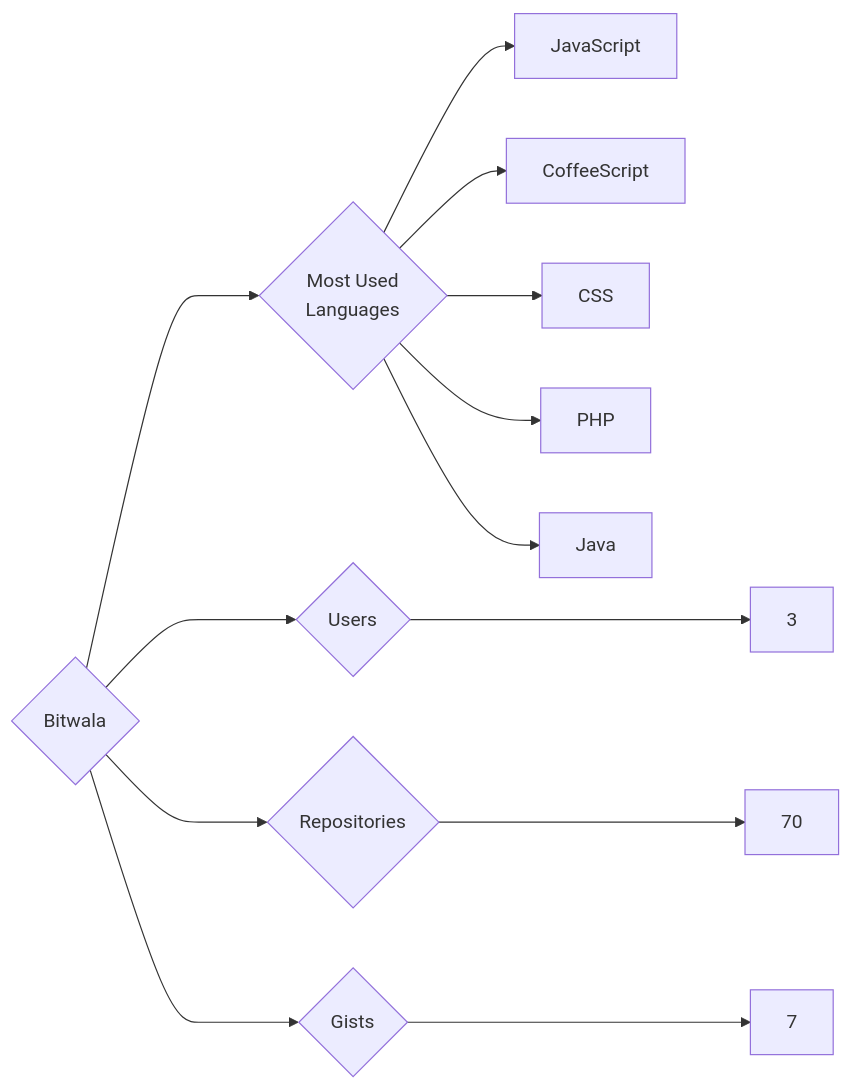
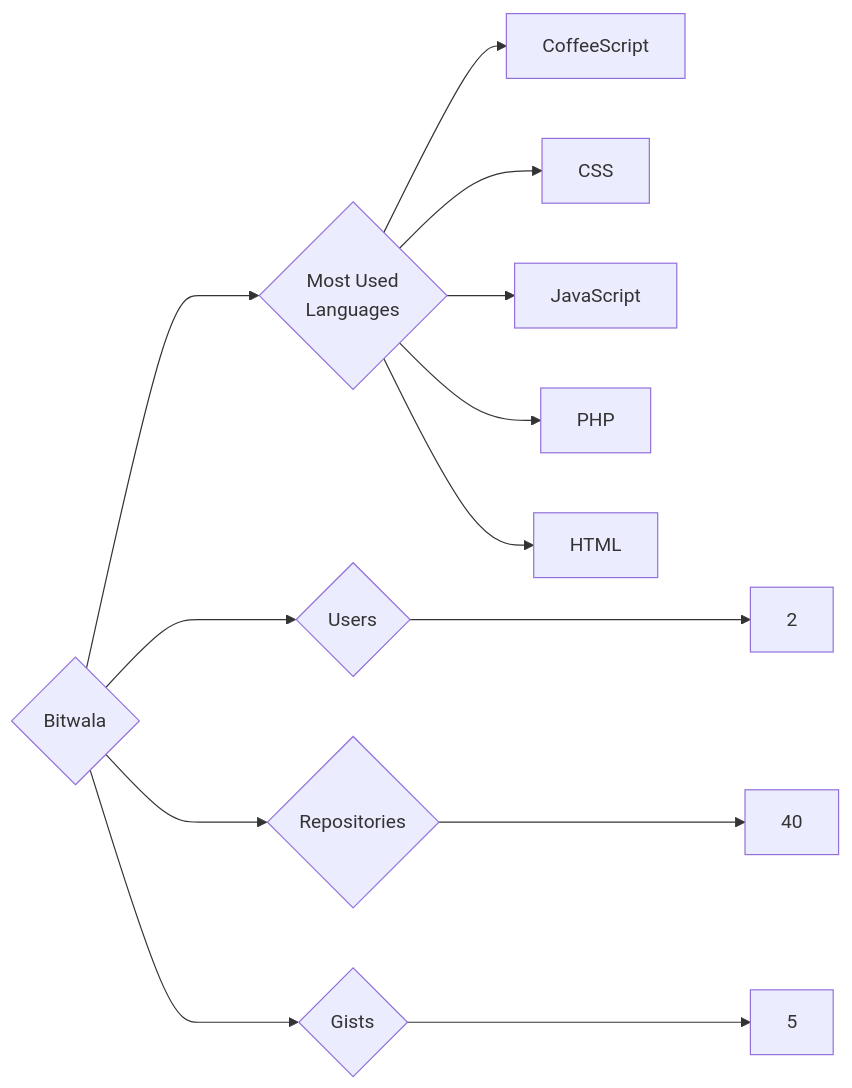
The diagram in targets/Bitwala/README.md (trickest/insiders), drawn with Mermaid before and after one commit. The commit also changed 984 other files, not shown here.

````diff
--- a/targets/Bitwala/README.md
+++ b/targets/Bitwala/README.md
@@ -3,13 +3,13 @@
 ```mermaid
 graph LR
 COMPANY_NAME{Bitwala}
-COMPANY_NAME ---> U{Users} ---> UN[3]
-COMPANY_NAME ---> R{Repositories} ---> RN[70]
-COMPANY_NAME ---> G{Gists} ---> GN[7]
+COMPANY_NAME ---> U{Users} ---> UN[2]
+COMPANY_NAME ---> R{Repositories} ---> RN[40]
+COMPANY_NAME ---> G{Gists} ---> GN[5]
 COMPANY_NAME ---> ML{Most Used<br>Languages}
-ML --> JavaScript[JavaScript]
 ML --> CoffeeScript[CoffeeScript]
 ML --> CSS[CSS]
+ML --> JavaScript[JavaScript]
 ML --> PHP[PHP]
-ML --> Java[Java]
+ML --> HTML[HTML]
 ```
````
